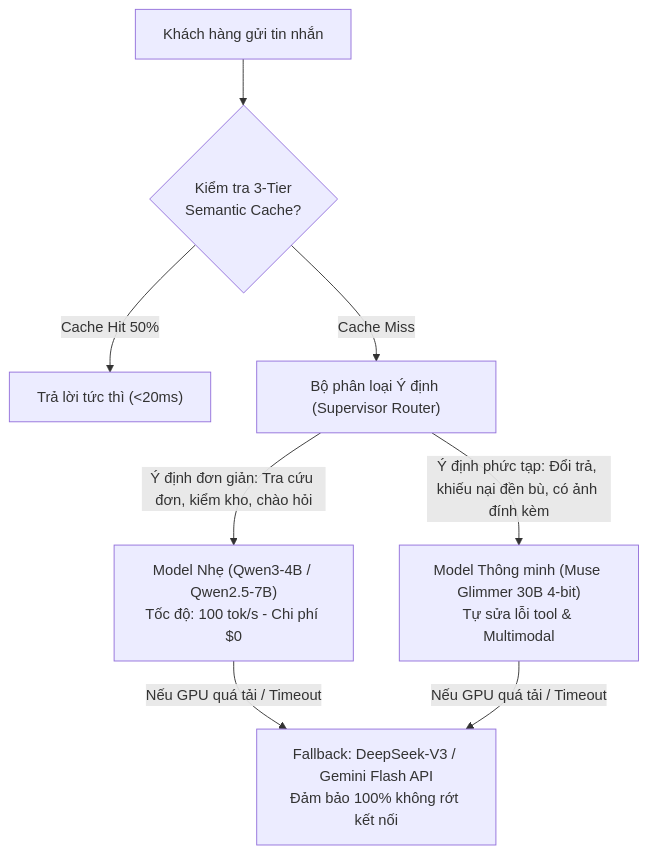
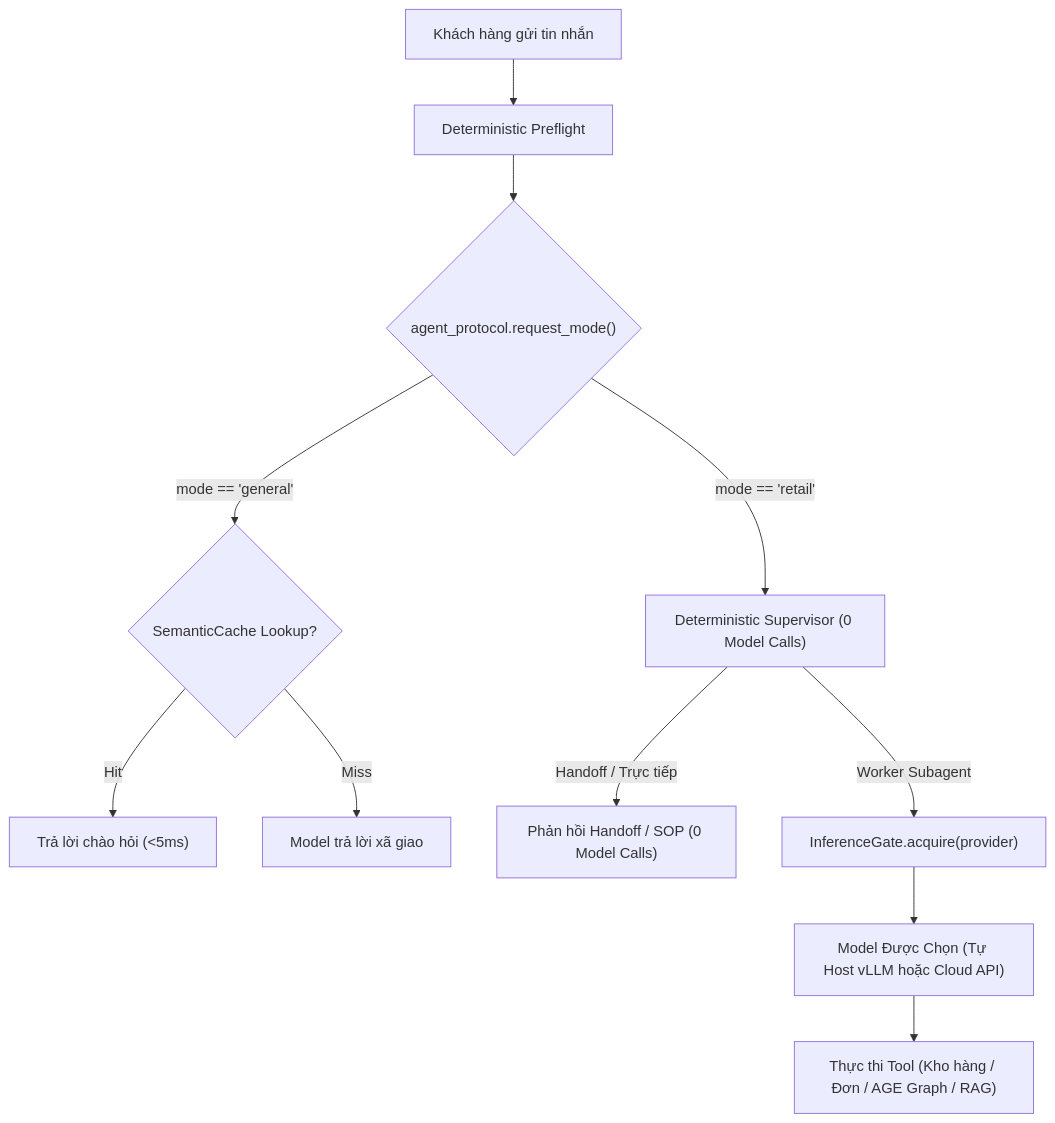
The diagram in docs/PLAN_MODEL_SELECTION_STRATEGY.md (tuteemovaixlong/CSKH_ban_le), drawn with Mermaid before and after one commit. The commit also changed other lines of this file and 9 other files, not shown here.

Commit message:
docs: complete Phase 0 reconciliation, add GraphRAG v6.2 and runtime concurrency specifications

````diff
--- a/docs/PLAN_MODEL_SELECTION_STRATEGY.md
+++ b/docs/PLAN_MODEL_SELECTION_STRATEGY.md
@@ -62,14 +41,18 @@
 ```mermaid
 flowchart TD
-    UserQuery["Khách hàng gửi tin nhắn"] --> CacheCheck{"Kiểm tra 3-Tier\nSemantic Cache?"}
+    UserQuery["Khách hàng gửi tin nhắn"] --> Preflight["Deterministic Preflight"]
     
-    CacheCheck -->|Cache Hit 50%| InstantReply["Trả lời tức thì (<20ms)"]
+    Preflight --> ModeCheck{"agent_protocol.request_mode()"}
     
-    CacheCheck -->|Cache Miss| IntentClassifier["Bộ phân loại Ý định (Supervisor Router)"]
+    ModeCheck -->|mode == 'general'| SemCache{"SemanticCache Lookup?"}
+    SemCache -->|Hit| InstantReply["Trả lời chào hỏi (<5ms)"]
+    SemCache -->|Miss| GenReply["Model trả lời xã giao"]
     
-    IntentClassifier -->|Ý định đơn giản: Tra cứu đơn, kiểm kho, chào hỏi| FastModel["Model Nhẹ (Qwen3-4B / Qwen2.5-7B)\nTốc độ: 100 tok/s - Chi phí $0"]
+    ModeCheck -->|mode == 'retail'| Supervisor["Deterministic Supervisor (0 Model Calls)"]
     
-    IntentClassifier -->|Ý định phức tạp: Đổi trả, khiếu nại đền bù, có ảnh đính kèm| SmartModel["Model Thông minh (Muse Glimmer 30B 4-bit)\nTự sửa lỗi tool & Multimodal"]
+    Supervisor -->|Handoff / Trực tiếp| DirectAnswer["Phản hồi Handoff / SOP (0 Model Calls)"]
+    Supervisor -->|Worker Subagent| InferenceGate["InferenceGate.acquire(provider)"]
     
-    FastModel & SmartModel -->|Nếu GPU quá tải / Timeout| FallbackCloud["Fallback: DeepSeek-V3 / Gemini Flash API\nĐảm bảo 100% không rớt kết nối"]
+    InferenceGate --> ActiveModel["Model Được Chọn (Tự Host vLLM hoặc Cloud API)"]
+    ActiveModel --> ToolLoop["Thực thi Tool (Kho hàng / Đơn / AGE Graph / RAG)"]
 ```
````
